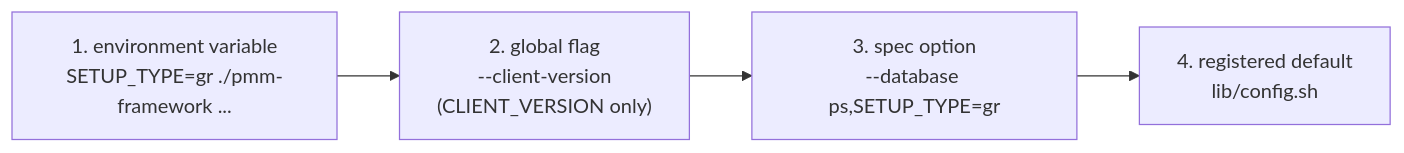
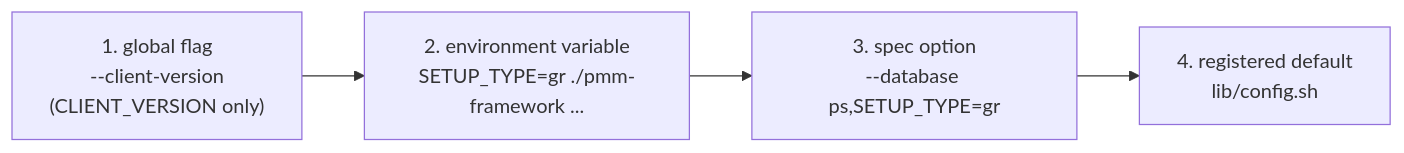
Before and after one commit to percona/pmm-qa: the third of 3 diagrams in qa-integration/pmm_qa/pmm-framework/ARCHITECTURE.md, drawn with Mermaid. The commit also changed other lines of this file and 187 other files, not shown here.

````diff
--- a/qa-integration/pmm_qa/pmm-framework/ARCHITECTURE.md
+++ b/qa-integration/pmm_qa/pmm-framework/ARCHITECTURE.md
@@ -169,6 +172,6 @@
 ```mermaid
 flowchart LR
-    A["1. environment variable<br/>SETUP_TYPE=gr ./pmm-framework ..."] --> B["2. global flag<br/>--client-version<br/>(CLIENT_VERSION only)"]
+    A["1. global flag<br/>--client-version<br/>(CLIENT_VERSION only)"] --> B["2. environment variable<br/>SETUP_TYPE=gr ./pmm-framework ..."]
     B --> C["3. spec option<br/>--database ps,SETUP_TYPE=gr"]
     C --> D["4. registered default<br/>lib/config.sh"]
 ```
````
